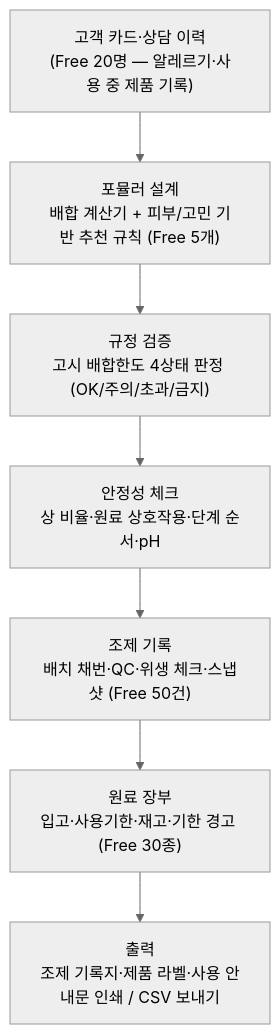
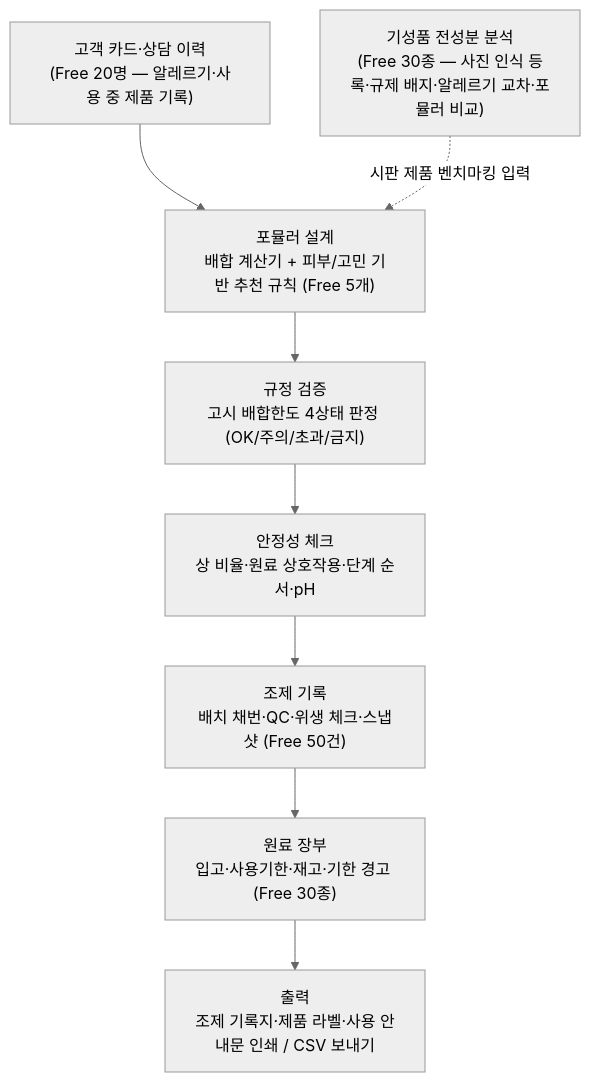
One commit to skygoldlee-cyber/passok changed the sixth of 19 diagrams in docs/business/맞춤형화장품_조제관리사_자격증플랫폼_사업기획서.md. Above: the diagram before and after it, drawn with Mermaid (neutral theme). The commit also changed other lines of this file, not shown here.

First line of the commit message:
docs(business): 사업기획서 v3.8 — 기성품 전성분 DB·사진 인식 반영

````diff
--- a/docs/business/맞춤형화장품_조제관리사_자격증플랫폼_사업기획서.md
+++ b/docs/business/맞춤형화장품_조제관리사_자격증플랫폼_사업기획서.md
@@ -316,9 +325,10 @@
 ```mermaid
 flowchart TD
     A["고객 카드·상담 이력<br/>(Free 20명 — 알레르기·사용 중 제품 기록)"] --> B["포뮬러 설계<br/>배합 계산기 + 피부/고민 기반 추천 규칙 (Free 5개)"]
     B --> C["규정 검증<br/>고시 배합한도 4상태 판정 (OK/주의/초과/금지)"]
     C --> D["안정성 체크<br/>상 비율·원료 상호작용·단계 순서·pH"]
     D --> E["조제 기록<br/>배치 채번·QC·위생 체크·스냅샷 (Free 50건)"]
     E --> F["원료 장부<br/>입고·사용기한·재고·기한 경고 (Free 30종)"]
     F --> G["출력<br/>조제 기록지·제품 라벨·사용 안내문 인쇄 / CSV 보내기"]
+    P["기성품 전성분 분석<br/>(Free 30종 — 사진 인식 등록·규제 배지·알레르기 교차·포뮬러 비교)"] -.->|"시판 제품 벤치마킹 입력"| B
 ```
````
